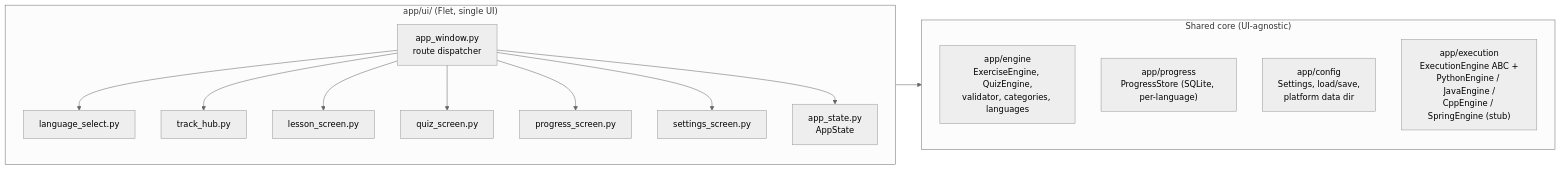
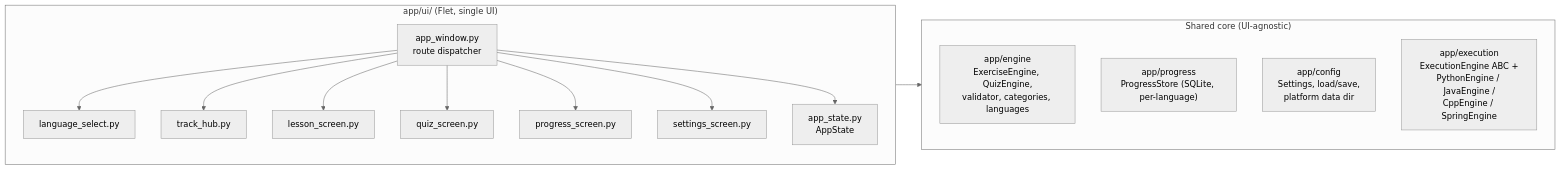
The second of 9 diagrams in docs/ARCHITECTURE.md (shreejitpanchal/coding-adventure), drawn with Mermaid (neutral theme) before and after one commit. The commit also changed other lines of this file and 32 other files, not shown here.

First line of the commit message:
Add Spring track: SpringEngine, 15 exercises, 20 quiz questions

````diff
--- a/docs/ARCHITECTURE.md
+++ b/docs/ARCHITECTURE.md
@@ -48,25 +48,25 @@
 ```mermaid
 flowchart LR
     subgraph ui["app/ui/ (Flet, single UI)"]
         direction TB
         aw["app_window.py\nroute dispatcher"]
         ls["language_select.py"]
         th_["track_hub.py"]
         lsn["lesson_screen.py"]
         qz["quiz_screen.py"]
         pr["progress_screen.py"]
         st["settings_screen.py"]
         as_["app_state.py\nAppState"]
         aw --> ls & th_ & lsn & qz & pr & st
         aw --> as_
     end
 
     subgraph shared["Shared core (UI-agnostic)"]
         engine["app/engine\nExerciseEngine, QuizEngine,\nvalidator, categories, languages"]
         progress["app/progress\nProgressStore (SQLite, per-language)"]
         config["app/config\nSettings, load/save,\nplatform data dir"]
-        execution["app/execution\nExecutionEngine ABC +\nPythonEngine / JavaEngine /\nCppEngine / SpringEngine (stub)"]
+        execution["app/execution\nExecutionEngine ABC +\nPythonEngine / JavaEngine /\nCppEngine / SpringEngine"]
     end
 
     ui --> shared
 ```
````
